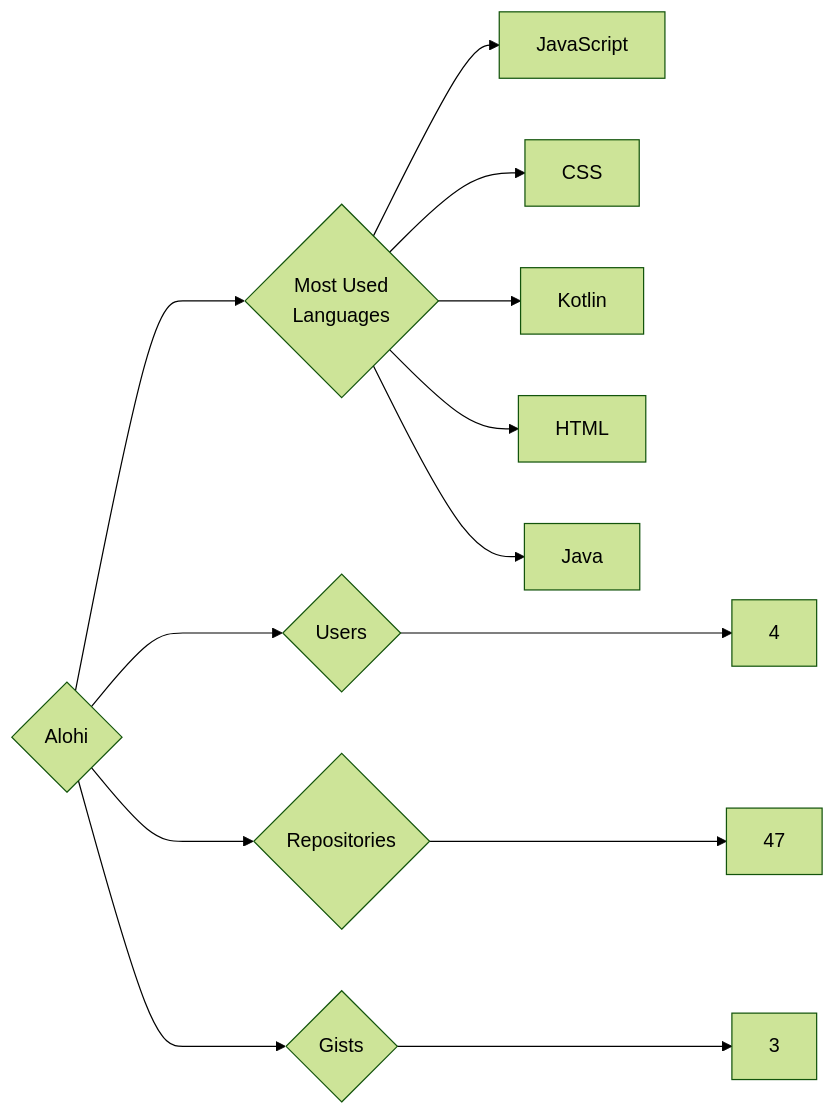
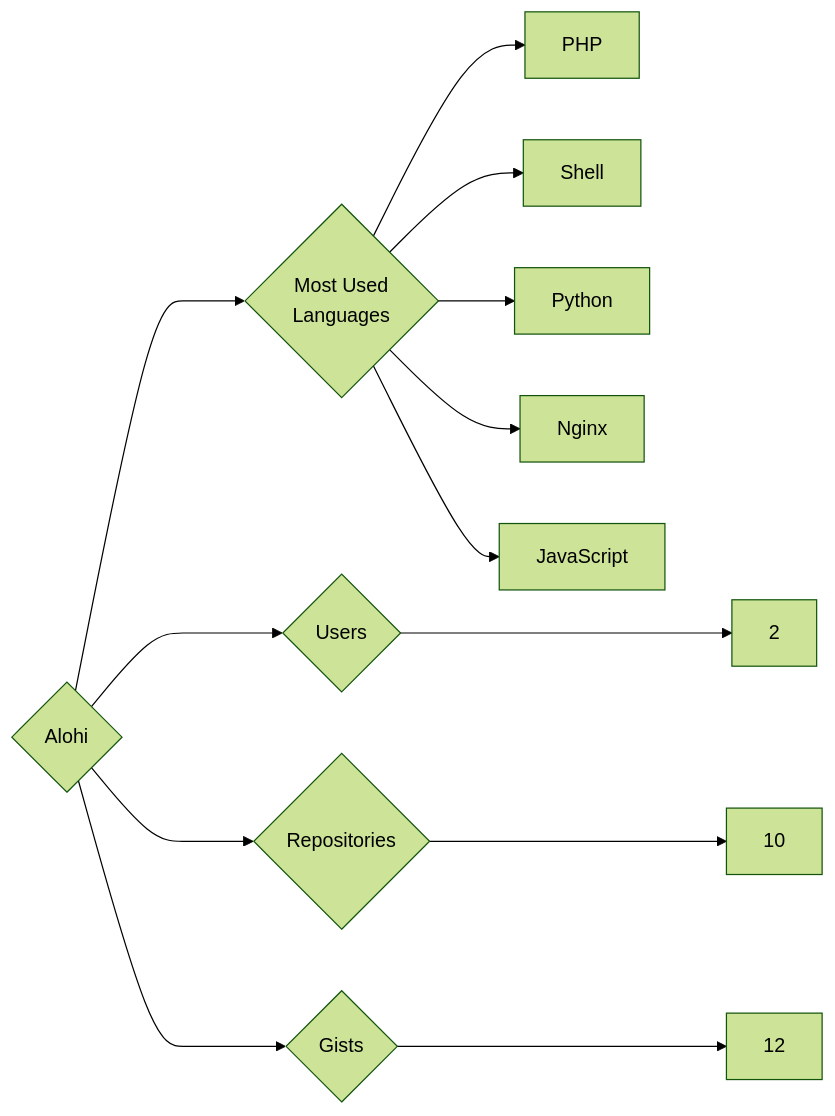
The diagram in targets/Alohi/README.md (trickest/insiders), drawn with Mermaid (forest theme) before and after one commit. The commit also changed 925 other files, not shown here.

````diff
--- a/targets/Alohi/README.md
+++ b/targets/Alohi/README.md
@@ -3,13 +3,13 @@
 ```mermaid
 graph LR
 COMPANY_NAME{Alohi}
-COMPANY_NAME ---> U{Users} ---> UN[4]
-COMPANY_NAME ---> R{Repositories} ---> RN[47]
-COMPANY_NAME ---> G{Gists} ---> GN[3]
+COMPANY_NAME ---> U{Users} ---> UN[2]
+COMPANY_NAME ---> R{Repositories} ---> RN[10]
+COMPANY_NAME ---> G{Gists} ---> GN[12]
 COMPANY_NAME ---> ML{Most Used<br>Languages}
+ML --> PHP[PHP]
+ML --> Shell[Shell]
+ML --> Python[Python]
+ML --> Nginx[Nginx]
 ML --> JavaScript[JavaScript]
-ML --> CSS[CSS]
-ML --> Kotlin[Kotlin]
-ML --> HTML[HTML]
-ML --> Java[Java]
 ```
````
